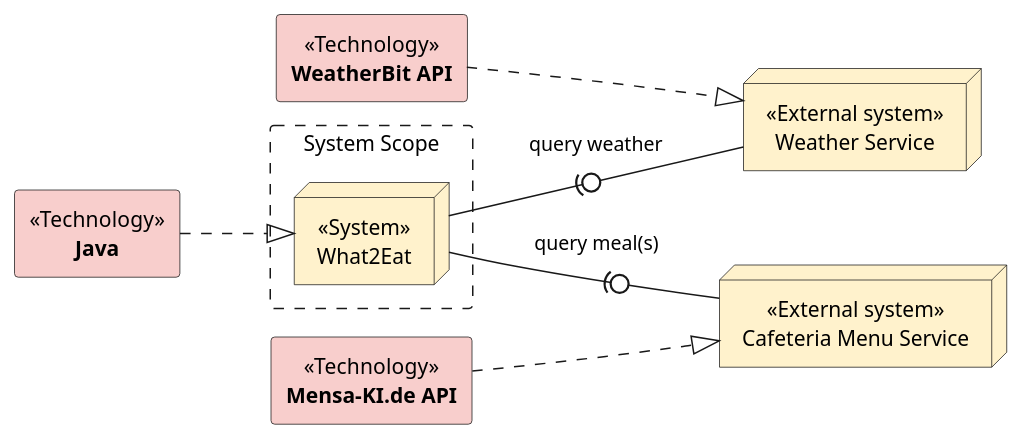
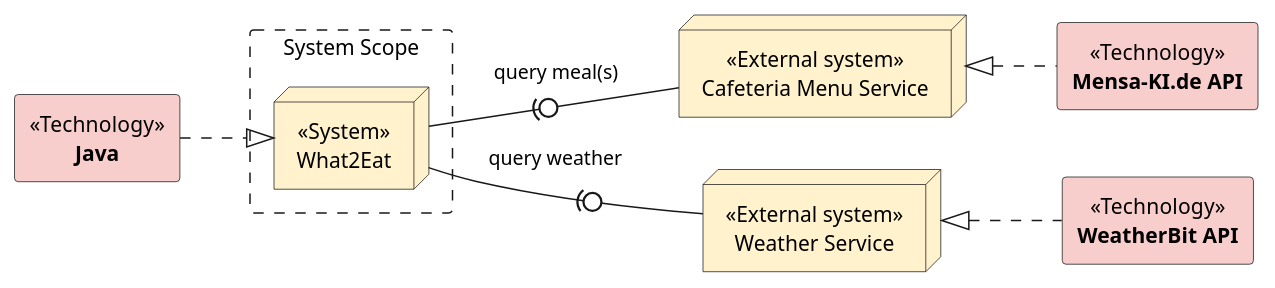
Before and after one commit to YanChunChang/BA_Plantuml: the diagram in what2eat/4.6.2-solution-idea.plantuml, drawn with PlantUML. The commit also changed 1 other file, not shown here.

```diff
--- a/what2eat/4.6.2-solution-idea.plantuml
+++ b/what2eat/4.6.2-solution-idea.plantuml
@@ -1,30 +1,30 @@
 @startuml solution idea
 left to right direction
 skinparam groupInheritance 1
 skinparam  {
     node {
         FontStyle normal
         BackgroundColor #ffe6cc
     }
     rectangle {
         FontStyle normal
     }
 }
 
 rectangle "System Scope" as s #line.dashed{
     node "What2Eat" << System >> as a #fff2cc
 }
 node "Weather Service" << External system >> as w #fff2cc
 node "Cafeteria Menu Service" << External system >> as c #fff2cc
 
 rectangle "**Java**" <<Technology>> as b #f8cecc
 rectangle "**WeatherBit API**" <<Technology>> as d #f8cecc
 rectangle "**Mensa-KI.de API**" <<Technology>> as e #f8cecc
 
 a -(0- w: query weather
 a -(0- c: query meal(s)
 b ..|> a
-d ..|> w
-e ..|> c
+d .u.|> w
+e .u.|> c
 
 @enduml
```
